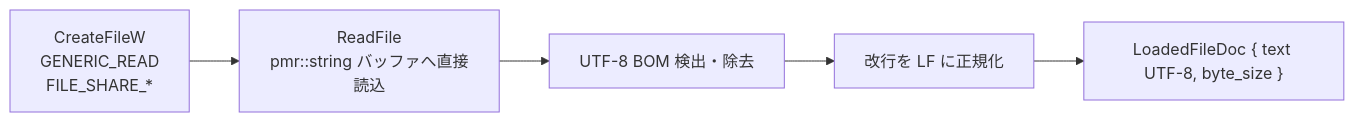
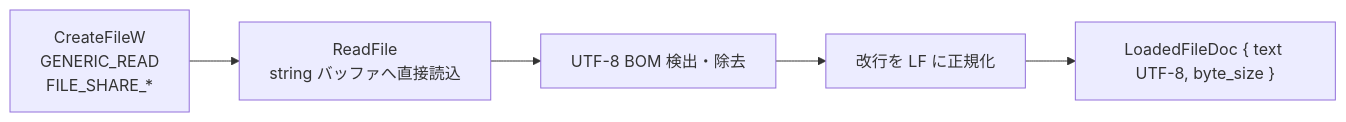
One commit to tanaton/mendo changed the tenth of 27 diagrams in example/test.md. Above: the diagram before and after it, drawn with Mermaid. The commit also changed other lines of this file and 119 other files, not shown here.

````diff
--- a/example/test.md
+++ b/example/test.md
@@ -1407,7 +1422,7 @@
 ```mermaid
 flowchart LR
-    OPEN[CreateFileW<br>GENERIC_READ<br>FILE_SHARE_*] --> READ[ReadFile<br>pmr::string バッファへ直接読込]
+    OPEN[CreateFileW<br>GENERIC_READ<br>FILE_SHARE_*] --> READ[ReadFile<br>string バッファへ直接読込]
     READ --> BOM[UTF-8 BOM 検出・除去]
     BOM --> LF[改行を LF に正規化]
     LF --> OUT["LoadedFileDoc { text UTF-8, byte_size }"]
 ```
````
